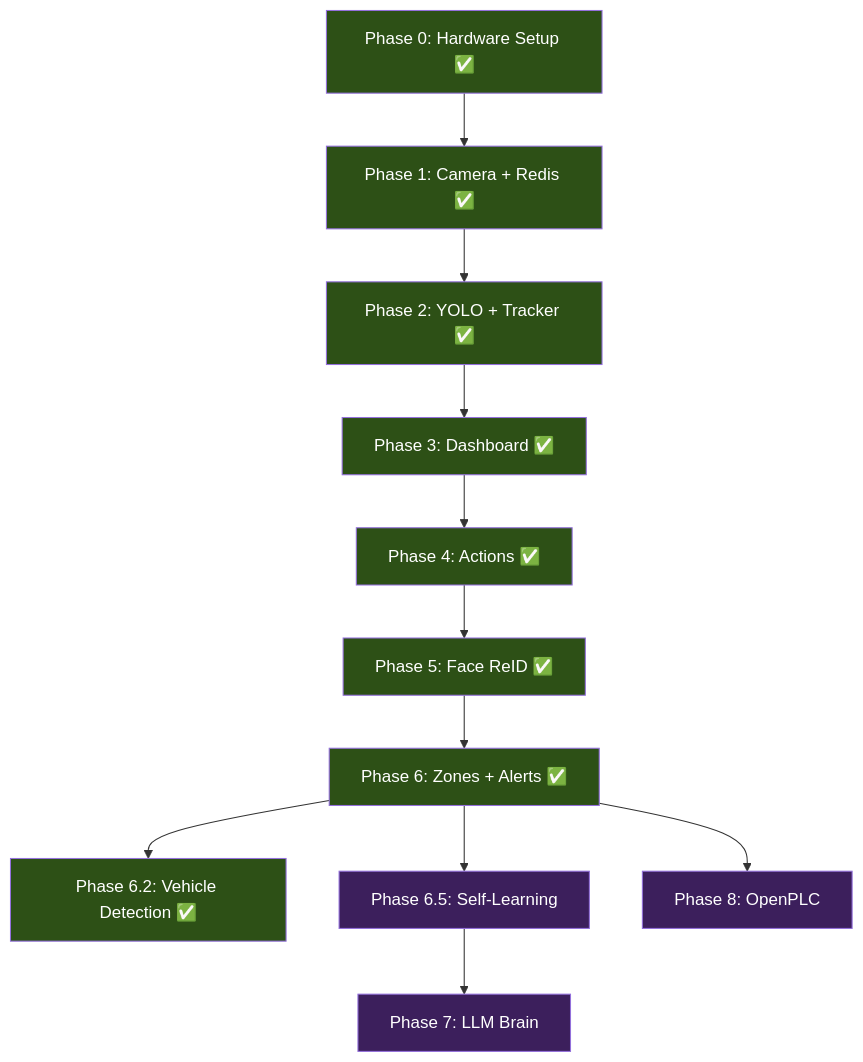
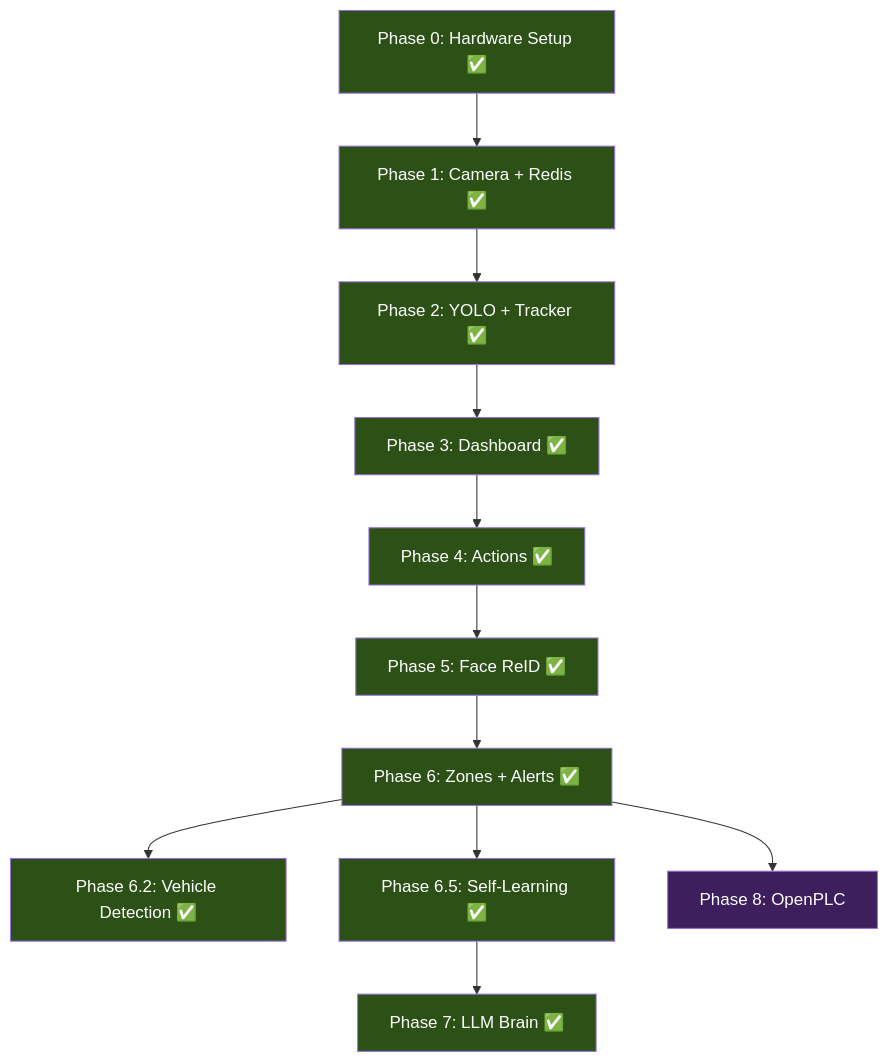
One commit to gammahazard/vision-labs-v1 changed the diagram in v2.md. Above: the diagram before and after it, drawn with Mermaid. The commit also changed other lines of this file and 14 other files, not shown here.

````diff
--- a/v2.md
+++ b/v2.md
@@ -1113,25 +1117,25 @@
 ```mermaid
 graph TD
     P0["Phase 0: Hardware Setup ✅"] --> P1["Phase 1: Camera + Redis ✅"]
     P1 --> P2["Phase 2: YOLO + Tracker ✅"]
     P2 --> P3["Phase 3: Dashboard ✅"]
     P3 --> P4["Phase 4: Actions ✅"]
     P4 --> P5["Phase 5: Face ReID ✅"]
     P5 --> P6["Phase 6: Zones + Alerts ✅"]
     P6 --> P6_2["Phase 6.2: Vehicle Detection ✅"]
-    P6 --> P6_5["Phase 6.5: Self-Learning"]
-    P6_5 --> P7["Phase 7: LLM Brain"]
+    P6 --> P6_5["Phase 6.5: Self-Learning ✅"]
+    P6_5 --> P7["Phase 7: LLM Brain ✅"]
     P6 --> P8["Phase 8: OpenPLC"]
 
     style P0 fill:#2d5016,color:#fff
     style P1 fill:#2d5016,color:#fff
     style P2 fill:#2d5016,color:#fff
     style P3 fill:#2d5016,color:#fff
     style P4 fill:#2d5016,color:#fff
     style P5 fill:#2d5016,color:#fff
     style P6 fill:#2d5016,color:#fff
     style P6_2 fill:#2d5016,color:#fff
-    style P6_5 fill:#3c1f5c,color:#fff
-    style P7 fill:#3c1f5c,color:#fff
+    style P6_5 fill:#2d5016,color:#fff
+    style P7 fill:#2d5016,color:#fff
     style P8 fill:#3c1f5c,color:#fff
 ```
````
